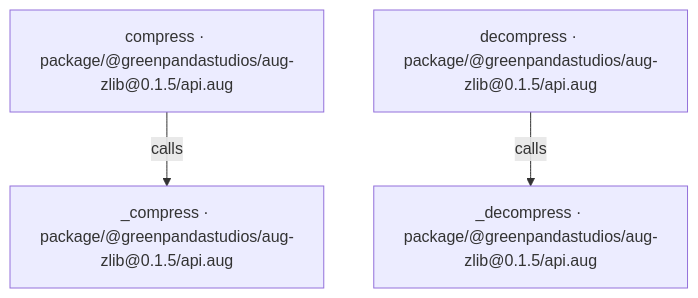
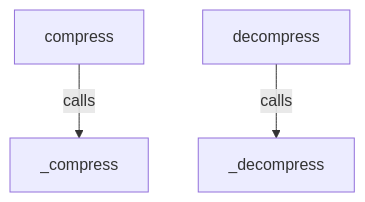
The first of 3 diagrams in docs/examples/native-zlib/dependencies/packages/@greenpandastudios/aug-zlib/0.1.5/api-diagrams.md (GreenPandaStudios/augscript), drawn with Mermaid before and after one commit. The commit also changed other lines of this file and 524 other files, not shown here.

Commit message:
Explain checked data flow at folder and service levels

````diff
--- a/docs/examples/native-zlib/dependencies/packages/@greenpandastudios/aug-zlib/0.1.5/api-diagrams.md
+++ b/docs/examples/native-zlib/dependencies/packages/@greenpandastudios/aug-zlib/0.1.5/api-diagrams.md
@@ -23,9 +20,9 @@
 ```mermaid
 flowchart TD
-    n0["_compress · package/@greenpandastudios/aug-zlib@0.1.5/api.aug"]
-    n1["_decompress · package/@greenpandastudios/aug-zlib@0.1.5/api.aug"]
-    n2["compress · package/@greenpandastudios/aug-zlib@0.1.5/api.aug"]
-    n3["decompress · package/@greenpandastudios/aug-zlib@0.1.5/api.aug"]
+    n0["_compress"]
+    n1["_decompress"]
+    n2["compress"]
+    n3["decompress"]
     n2 -->|"calls"| n0
     n3 -->|"calls"| n1
 ```
````
